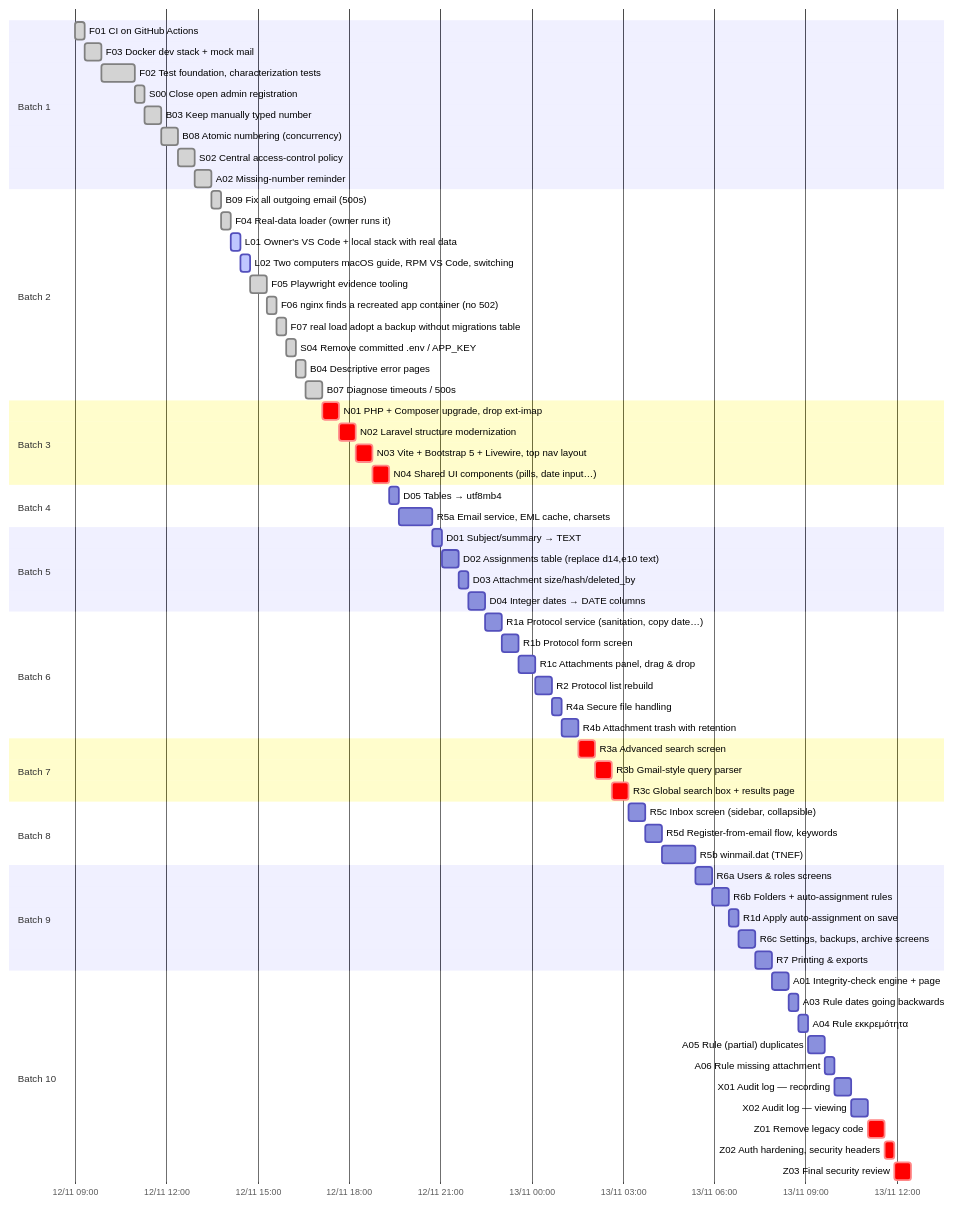
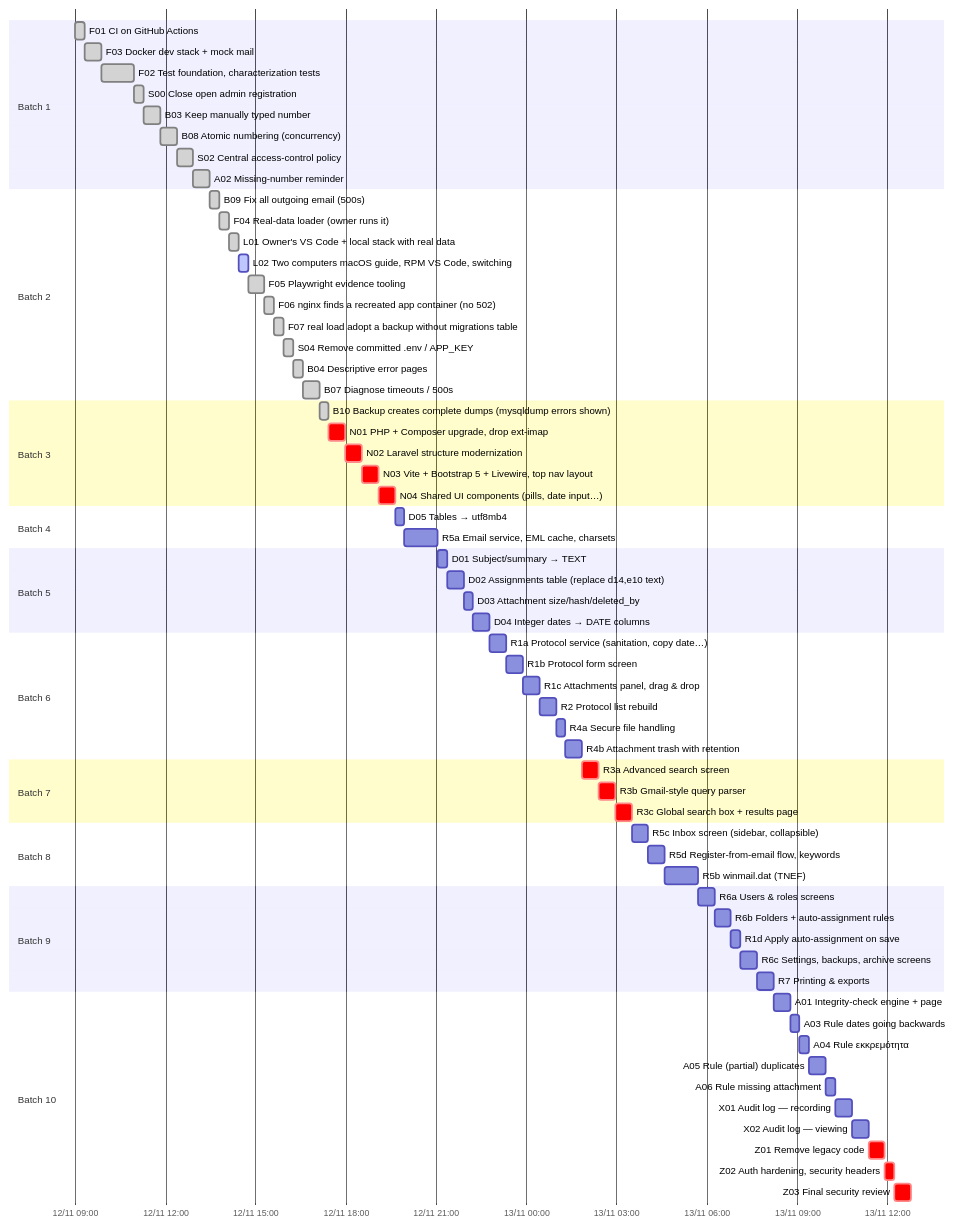
The second of 2 diagrams in docs/plan/PROGRESS.md (dipelaserasmus-del/electronic_protocol), drawn with Mermaid before and after one commit. The commit also changed other lines of this file and 17 other files, not shown here.

First line of the commit message:
B10: backup creates complete dumps; stray bytes broke every download

````diff
--- a/docs/plan/PROGRESS.md
+++ b/docs/plan/PROGRESS.md
@@ -202,71 +203,72 @@
 ```mermaid
 gantt
   dateFormat YYYY-MM-DD HH:mm
   axisFormat %d/%m %H:%M
   todayMarker off
   section Batch 1
   F01 CI on GitHub Actions :done, f01, 2026-11-12 09:00, 19m
   F03 Docker dev stack + mock mail :done, f03, 2026-11-12 09:19, 33m
   F02 Test foundation, characterization tests :done, f02, 2026-11-12 09:52, 66m
   S00 Close open admin registration :done, s00, 2026-11-12 10:58, 19m
   B03 Keep manually typed number :done, b03, 2026-11-12 11:17, 33m
   B08 Atomic numbering (concurrency) :done, b08, 2026-11-12 11:50, 33m
   S02 Central access-control policy :done, s02, 2026-11-12 12:23, 33m
   A02 Missing-number reminder :done, a02, 2026-11-12 12:56, 33m
   section Batch 2
   B09 Fix all outgoing email (500s) :done, b09, 2026-11-12 13:29, 19m
   F04 Real-data loader (owner runs it) :done, f04, 2026-11-12 13:48, 19m
-  L01 Owner's VS Code + local stack with real data :active, l01, 2026-11-12 14:07, 19m
+  L01 Owner's VS Code + local stack with real data :done, l01, 2026-11-12 14:07, 19m
   L02 Two computers  macOS guide, RPM VS Code, switching :active, l02, 2026-11-12 14:26, 19m
   F05 Playwright evidence tooling :done, f05, 2026-11-12 14:45, 33m
   F06 nginx finds a recreated app container (no 502) :done, f06, 2026-11-12 15:18, 19m
   F07 real load  adopt a backup without migrations table :done, f07, 2026-11-12 15:37, 19m
   S04 Remove committed .env / APP_KEY :done, s04, 2026-11-12 15:56, 19m
   B04 Descriptive error pages :done, b04, 2026-11-12 16:15, 19m
   B07 Diagnose timeouts / 500s :done, b07, 2026-11-12 16:34, 33m
   section Batch 3
-  N01 PHP + Composer upgrade, drop ext-imap :crit, n01, 2026-11-12 17:07, 33m
-  N02 Laravel structure modernization :crit, n02, 2026-11-12 17:40, 33m
-  N03 Vite + Bootstrap 5 + Livewire, top nav layout :crit, n03, 2026-11-12 18:13, 33m
-  N04 Shared UI components (pills, date input…) :crit, n04, 2026-11-12 18:46, 33m
+  B10 Backup creates complete dumps (mysqldump errors shown) :done, b10, 2026-11-12 17:07, 19m
+  N01 PHP + Composer upgrade, drop ext-imap :crit, n01, 2026-11-12 17:26, 33m
+  N02 Laravel structure modernization :crit, n02, 2026-11-12 17:59, 33m
+  N03 Vite + Bootstrap 5 + Livewire, top nav layout :crit, n03, 2026-11-12 18:32, 33m
+  N04 Shared UI components (pills, date input…) :crit, n04, 2026-11-12 19:05, 33m
   section Batch 4
-  D05 Tables → utf8mb4 :d05, 2026-11-12 19:19, 19m
-  R5a Email service, EML cache, charsets :r5a, 2026-11-12 19:38, 66m
+  D05 Tables → utf8mb4 :d05, 2026-11-12 19:38, 19m
+  R5a Email service, EML cache, charsets :r5a, 2026-11-12 19:57, 66m
   section Batch 5
-  D01 Subject/summary → TEXT :d01, 2026-11-12 20:44, 19m
-  D02 Assignments table (replace d14,e10 text) :d02, 2026-11-12 21:03, 33m
-  D03 Attachment size/hash/deleted_by :d03, 2026-11-12 21:36, 19m
-  D04 Integer dates → DATE columns :d04, 2026-11-12 21:55, 33m
+  D01 Subject/summary → TEXT :d01, 2026-11-12 21:03, 19m
+  D02 Assignments table (replace d14,e10 text) :d02, 2026-11-12 21:22, 33m
+  D03 Attachment size/hash/deleted_by :d03, 2026-11-12 21:55, 19m
+  D04 Integer dates → DATE columns :d04, 2026-11-12 22:14, 33m
   section Batch 6
-  R1a Protocol service (sanitation, copy date…) :r1a, 2026-11-12 22:28, 33m
-  R1b Protocol form screen :r1b, 2026-11-12 23:01, 33m
-  R1c Attachments panel, drag & drop :r1c, 2026-11-12 23:34, 33m
-  R2 Protocol list rebuild :r2, 2026-11-13 00:07, 33m
-  R4a Secure file handling :r4a, 2026-11-13 00:40, 19m
-  R4b Attachment trash with retention :r4b, 2026-11-13 00:59, 33m
+  R1a Protocol service (sanitation, copy date…) :r1a, 2026-11-12 22:47, 33m
+  R1b Protocol form screen :r1b, 2026-11-12 23:20, 33m
+  R1c Attachments panel, drag & drop :r1c, 2026-11-12 23:53, 33m
+  R2 Protocol list rebuild :r2, 2026-11-13 00:26, 33m
+  R4a Secure file handling :r4a, 2026-11-13 00:59, 19m
+  R4b Attachment trash with retention :r4b, 2026-11-13 01:18, 33m
   section Batch 7
-  R3a Advanced search screen :crit, r3a, 2026-11-13 01:32, 33m
-  R3b Gmail-style query parser :crit, r3b, 2026-11-13 02:05, 33m
-  R3c Global search box + results page :crit, r3c, 2026-11-13 02:38, 33m
+  R3a Advanced search screen :crit, r3a, 2026-11-13 01:51, 33m
+  R3b Gmail-style query parser :crit, r3b, 2026-11-13 02:24, 33m
+  R3c Global search box + results page :crit, r3c, 2026-11-13 02:57, 33m
   section Batch 8
-  R5c Inbox screen (sidebar, collapsible) :r5c, 2026-11-13 03:11, 33m
-  R5d Register-from-email flow, keywords :r5d, 2026-11-13 03:44, 33m
-  R5b winmail.dat (TNEF) :r5b, 2026-11-13 04:17, 66m
+  R5c Inbox screen (sidebar, collapsible) :r5c, 2026-11-13 03:30, 33m
+  R5d Register-from-email flow, keywords :r5d, 2026-11-13 04:03, 33m
+  R5b winmail.dat (TNEF) :r5b, 2026-11-13 04:36, 66m
   section Batch 9
-  R6a Users & roles screens :r6a, 2026-11-13 05:23, 33m
-  R6b Folders + auto-assignment rules :r6b, 2026-11-13 05:56, 33m
-  R1d Apply auto-assignment on save :r1d, 2026-11-13 06:29, 19m
-  R6c Settings, backups, archive screens :r6c, 2026-11-13 06:48, 33m
-  R7 Printing & exports :r7, 2026-11-13 07:21, 33m
+  R6a Users & roles screens :r6a, 2026-11-13 05:42, 33m
+  R6b Folders + auto-assignment rules :r6b, 2026-11-13 06:15, 33m
+  R1d Apply auto-assignment on save :r1d, 2026-11-13 06:48, 19m
+  R6c Settings, backups, archive screens :r6c, 2026-11-13 07:07, 33m
+  R7 Printing & exports :r7, 2026-11-13 07:40, 33m
   section Batch 10
-  A01 Integrity-check engine + page :a01, 2026-11-13 07:54, 33m
-  A03 Rule  dates going backwards :a03, 2026-11-13 08:27, 19m
-  A04 Rule  εκκρεμότητα :a04, 2026-11-13 08:46, 19m
-  A05 Rule  (partial) duplicates :a05, 2026-11-13 09:05, 33m
-  A06 Rule  missing attachment :a06, 2026-11-13 09:38, 19m
-  X01 Audit log — recording :x01, 2026-11-13 09:57, 33m
-  X02 Audit log — viewing :x02, 2026-11-13 10:30, 33m
-  Z01 Remove legacy code :crit, z01, 2026-11-13 11:03, 33m
-  Z02 Auth hardening, security headers :crit, z02, 2026-11-13 11:36, 19m
-  Z03 Final security review :crit, z03, 2026-11-13 11:55, 33m
+  A01 Integrity-check engine + page :a01, 2026-11-13 08:13, 33m
+  A03 Rule  dates going backwards :a03, 2026-11-13 08:46, 19m
+  A04 Rule  εκκρεμότητα :a04, 2026-11-13 09:05, 19m
+  A05 Rule  (partial) duplicates :a05, 2026-11-13 09:24, 33m
+  A06 Rule  missing attachment :a06, 2026-11-13 09:57, 19m
+  X01 Audit log — recording :x01, 2026-11-13 10:16, 33m
+  X02 Audit log — viewing :x02, 2026-11-13 10:49, 33m
+  Z01 Remove legacy code :crit, z01, 2026-11-13 11:22, 33m
+  Z02 Auth hardening, security headers :crit, z02, 2026-11-13 11:55, 19m
+  Z03 Final security review :crit, z03, 2026-11-13 12:14, 33m
 ```
````
